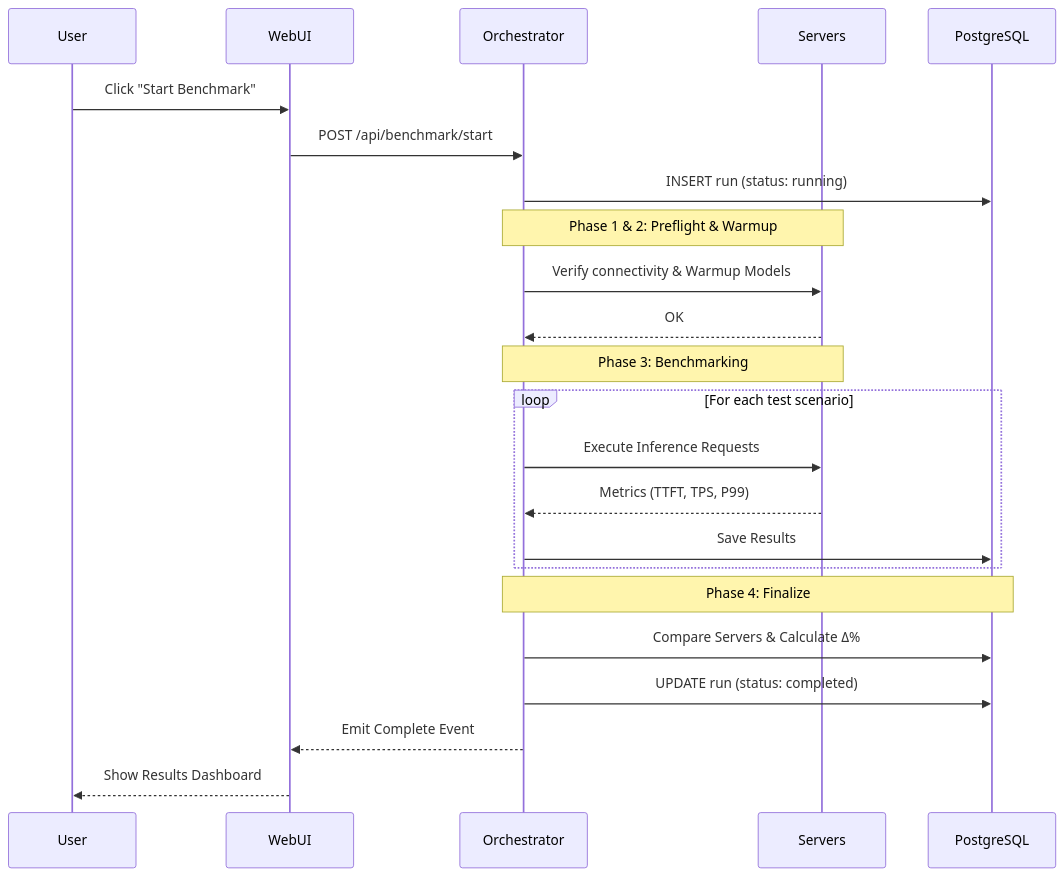
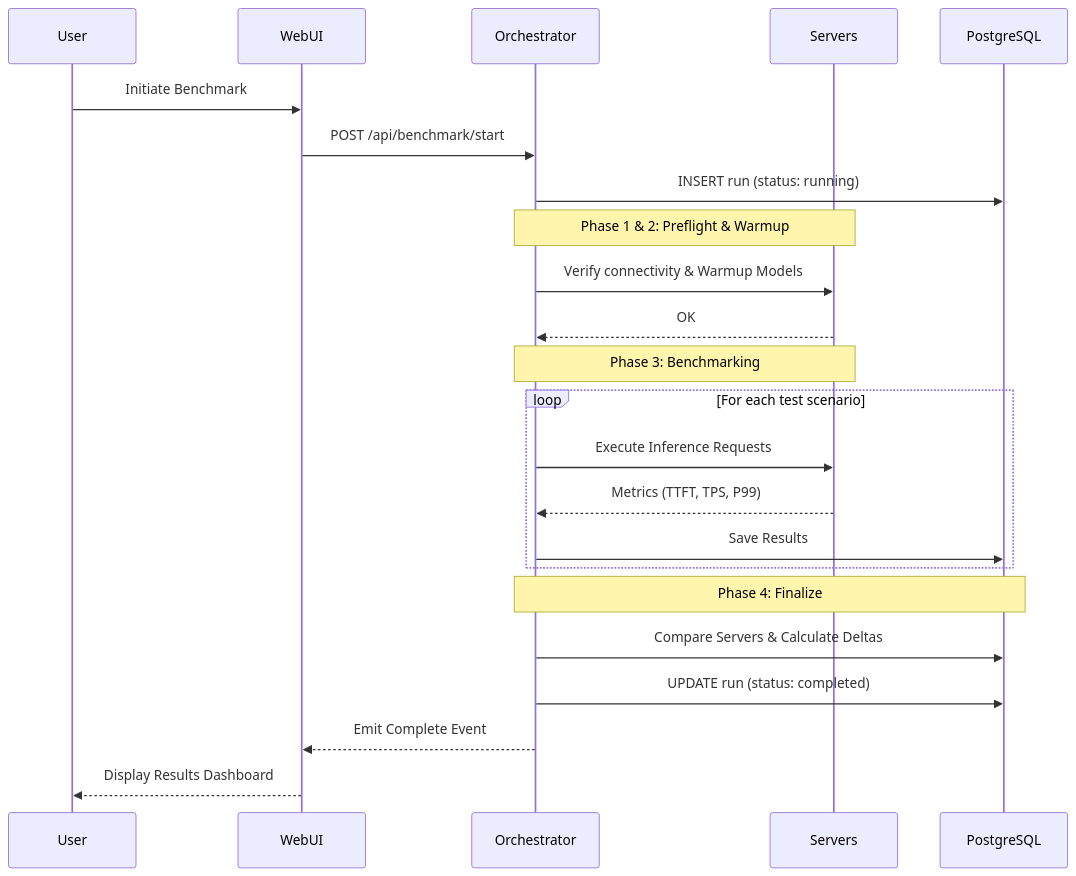
One commit to MrPhuocTan/aidaptive-benchmark changed the third of 3 diagrams in readme.md. Above: the diagram before and after it, drawn with Mermaid. The commit also changed other lines of this file, not shown here.

````diff
--- a/readme.md
+++ b/readme.md
@@ -129,29 +129,29 @@
 ```mermaid
 sequenceDiagram
     participant User
     participant WebUI
     participant Orchestrator
     participant Servers
     participant DB as PostgreSQL
 
-    User->>WebUI: Click "Start Benchmark"
+    User->>WebUI: Initiate Benchmark
     WebUI->>Orchestrator: POST /api/benchmark/start
     Orchestrator->>DB: INSERT run (status: running)
     
     Note over Orchestrator,Servers: Phase 1 & 2: Preflight & Warmup
     Orchestrator->>Servers: Verify connectivity & Warmup Models
     Servers-->>Orchestrator: OK
     
     Note over Orchestrator,Servers: Phase 3: Benchmarking
     loop For each test scenario
         Orchestrator->>Servers: Execute Inference Requests
         Servers-->>Orchestrator: Metrics (TTFT, TPS, P99)
         Orchestrator->>DB: Save Results
     end
     
     Note over Orchestrator,DB: Phase 4: Finalize
-    Orchestrator->>DB: Compare Servers & Calculate Δ%
+    Orchestrator->>DB: Compare Servers & Calculate Deltas
     Orchestrator->>DB: UPDATE run (status: completed)
     Orchestrator-->>WebUI: Emit Complete Event
-    WebUI-->>User: Show Results Dashboard
+    WebUI-->>User: Display Results Dashboard
 ```
````
